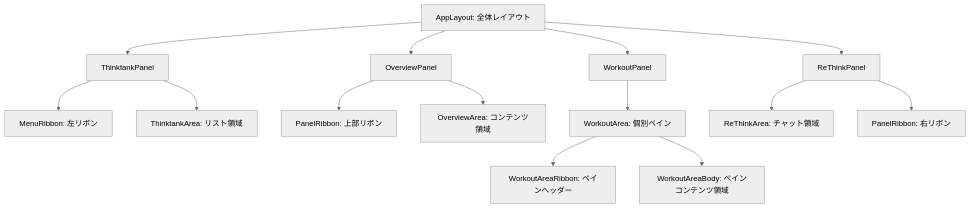
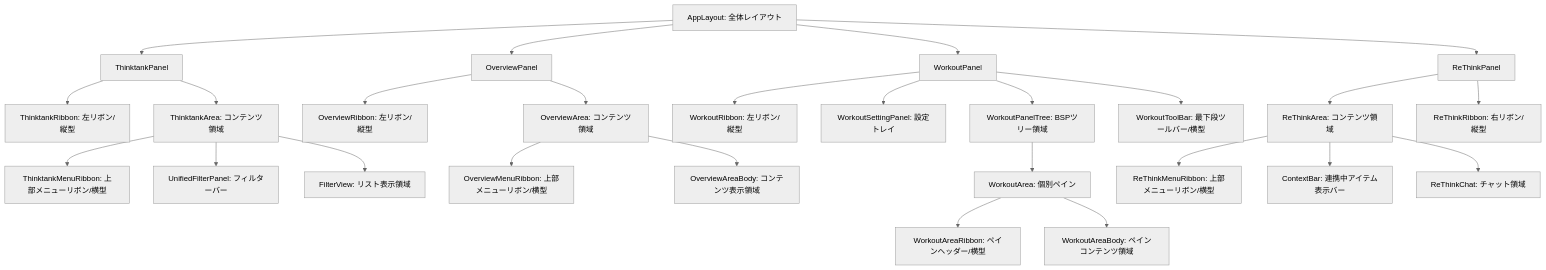
Before and after one commit to gogowooky/ThinktankWebCC: the diagram in docs/260606_Thinktank仕様書/02_UI・画面レイアウト仕様.md, drawn with Mermaid (neutral theme). The commit also changed other lines of this file, not shown here.

````diff
--- a/docs/260606_Thinktank仕様書/02_UI・画面レイアウト仕様.md
+++ b/docs/260606_Thinktank仕様書/02_UI・画面レイアウト仕様.md
@@ -48,20 +26,32 @@
 ```mermaid
 graph TD
     AppLayout[AppLayout: 全体レイアウト] --> TTP[ThinktankPanel]
     AppLayout --> OP[OverviewPanel]
     AppLayout --> WP[WorkoutPanel]
     AppLayout --> RTP[ReThinkPanel]
 
-    TTP --> TTR[MenuRibbon: 左リボン]
-    TTP --> TTA[ThinktankArea: リスト領域]
+    TTP --> TTR[ThinktankRibbon: 左リボン/縦型]
+    TTP --> TTA[ThinktankArea: コンテンツ領域]
+    TTA --> TTMR[ThinktankMenuRibbon: 上部メニューリボン/横型]
+    TTA --> TTF[UnifiedFilterPanel: フィルターバー]
+    TTA --> TTB[FilterView: リスト表示領域]
 
-    OP --> OPR[PanelRibbon: 上部リボン]
+    OP --> OPR[OverviewRibbon: 左リボン/縦型]
     OP --> OPA[OverviewArea: コンテンツ領域]
+    OPA --> OPMR[OverviewMenuRibbon: 上部メニューリボン/横型]
+    OPA --> OPB[OverviewAreaBody: コンテンツ表示領域]
 
-    WP --> BSP[WorkoutArea: 個別ペイン]
-    BSP --> WAR[WorkoutAreaRibbon: ペインヘッダー]
+    WP --> WRB[WorkoutRibbon: 左リボン/縦型]
+    WP --> WSP[WorkoutSettingPanel: 設定トレイ]
+    WP --> WPT[WorkoutPanelTree: BSPツリー領域]
+    WPT --> BSP[WorkoutArea: 個別ペイン]
+    BSP --> WAR[WorkoutAreaRibbon: ペインヘッダー/横型]
     BSP --> WAB[WorkoutAreaBody: ペインコンテンツ領域]
+    WP --> WTB[WorkoutToolBar: 最下段ツールバー/横型]
 
-    RTP --> RTA[ReThinkArea: チャット領域]
-    RTP --> RTR[PanelRibbon: 右リボン]
+    RTP --> RTA[ReThinkArea: コンテンツ領域]
+    RTA --> RTMR[ReThinkMenuRibbon: 上部メニューリボン/横型]
+    RTA --> RTCB[ContextBar: 連携中アイテム表示バー]
+    RTA --> RTCH[ReThinkChat: チャット領域]
+    RTP --> RTR[ReThinkRibbon: 右リボン/縦型]
 ```
````
